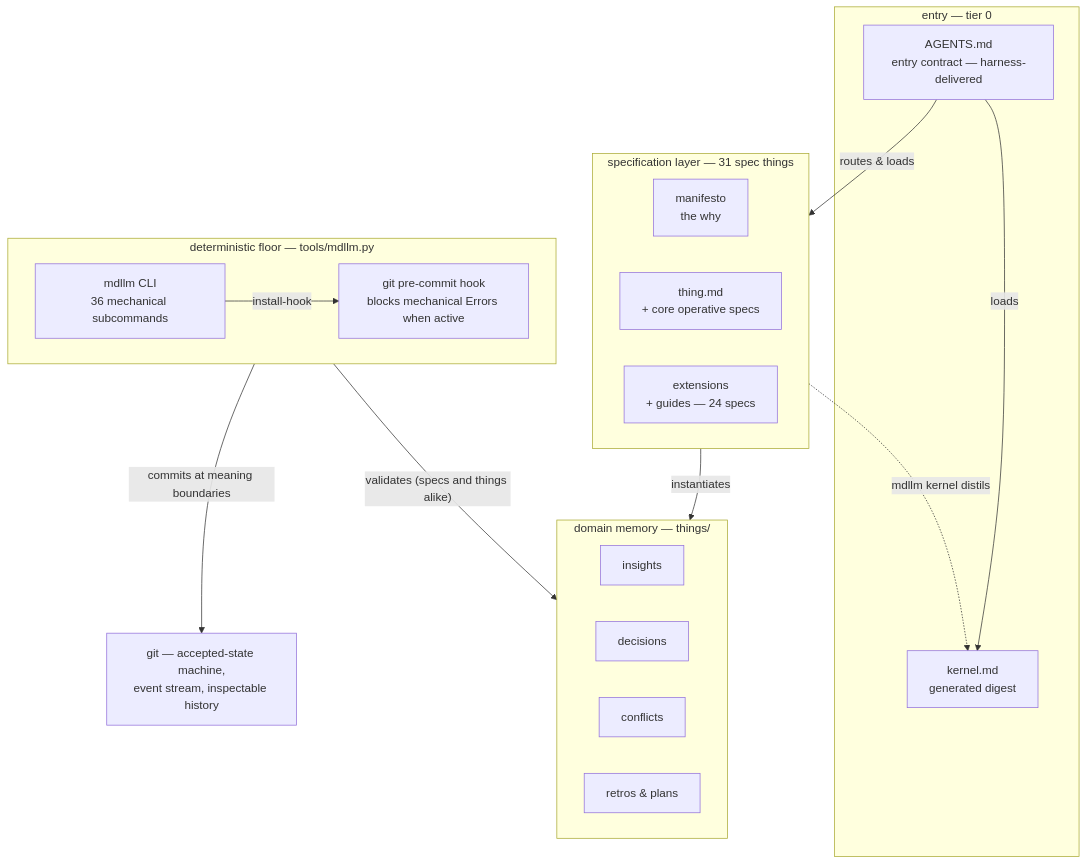
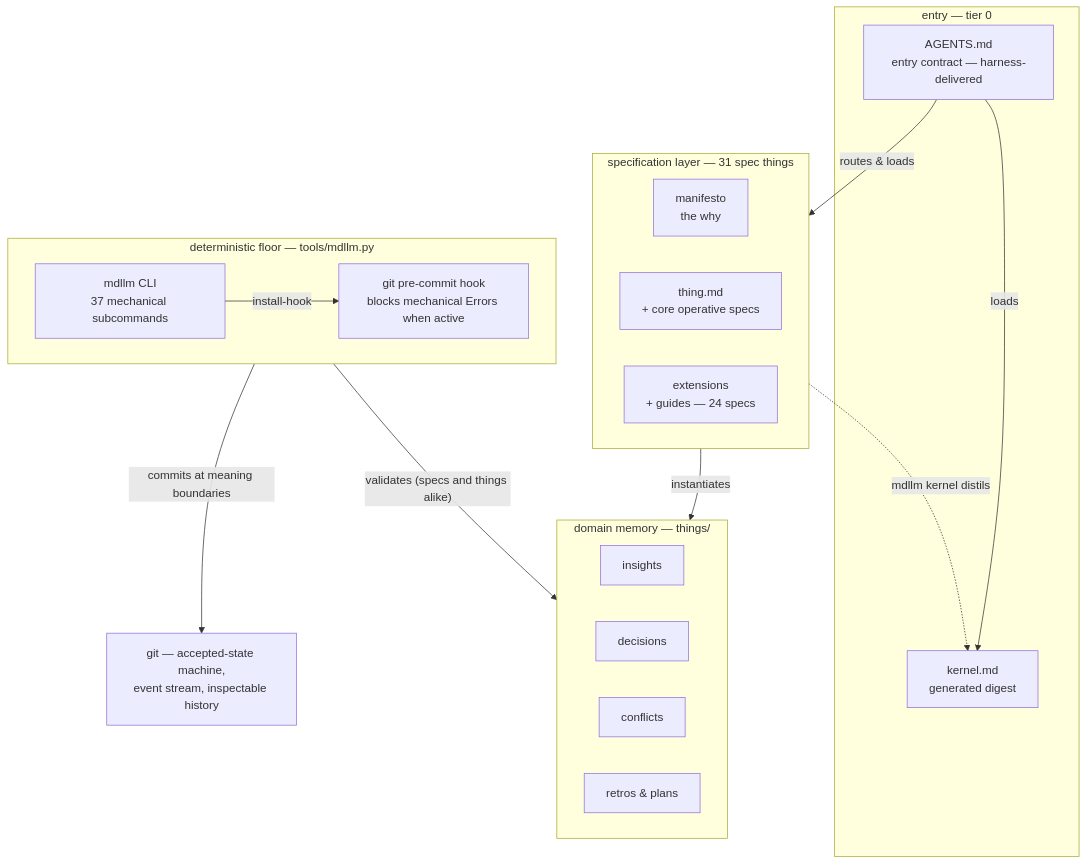
One commit to JanoshMoshiri/MarkdownLLM changed the first of 5 diagrams in docs/framework-map.md. Above: the diagram before and after it, drawn with Mermaid. The commit also changed other lines of this file and 10 other files, not shown here.

First line of the commit message:
build: the doorbell moves into the floor — stages[].actor, mdllm watch, and the turn that is only real on the remote

````diff
--- a/docs/framework-map.md
+++ b/docs/framework-map.md
@@ -63,49 +63,49 @@
 ```mermaid
 flowchart TD
     accTitle: View 1 - the five bands of the framework, read top-down as a session's life
     accDescr {
         Five stacked bands. The entry band, tier 0, holds AGENTS.md as the
         harness-delivered entry contract and kernel.md as a generated digest. Below
         it the specification layer holds 31 spec things: the manifesto for the
         why, thing.md with the core operative specs, and 24 extension and guide
         specs. Below that, domain memory in the things directory holds insights,
         decisions, conflicts, retrospectives and plans. Below that, the
-        deterministic floor is tools/mdllm.py, providing the mdllm CLI with 36
+        deterministic floor is tools/mdllm.py, providing the mdllm CLI with 37
         mechanical subcommands and a git pre-commit hook that, when current and
         runnable, blocks commits with mechanical Errors. At the base, git is
         the accepted-state machine, event stream and inspectable audit aid.
         The edges run as follows. AGENTS.md loads the kernel and routes
         to the specs. The specs distil back up into the kernel via mdllm
         kernel, which is why that one edge points upward. The specs instantiate
         domain memory. The CLI installs the hook. The floor validates memory,
         specs and things alike, and commits at meaning boundaries into git.
     }
     subgraph entry ["entry — tier 0"]
         AGENTS["AGENTS.md<br/>entry contract — harness-delivered"]
         KERNEL["kernel.md<br/>generated digest"]
     end
     subgraph specs ["specification layer — 31 spec things"]
         MANIFESTO["manifesto<br/>the why"]
         THING["thing.md<br/>+ core operative specs"]
         EXT["extensions<br/>+ guides — 24 specs"]
     end
     subgraph memory ["domain memory — things/"]
         INSIGHTS["insights"]
         DECISIONS["decisions"]
         CONFLICTS["conflicts"]
         RETROS["retros & plans"]
     end
     subgraph floor ["deterministic floor — tools/mdllm.py"]
-        MDLLM["mdllm CLI<br/>36 mechanical subcommands"]
+        MDLLM["mdllm CLI<br/>37 mechanical subcommands"]
         HOOK["git pre-commit hook<br/>blocks mechanical Errors when active"]
     end
     GIT["git — accepted-state machine,<br/>event stream, inspectable history"]
 
     AGENTS -->|loads| KERNEL
     AGENTS -->|routes & loads| specs
     specs -.->|"mdllm kernel distils"| KERNEL
     specs -->|instantiates| memory
     MDLLM -->|install-hook| HOOK
     floor -->|"validates (specs and things alike)"| memory
     floor -->|commits at meaning boundaries| GIT
 ```
````
